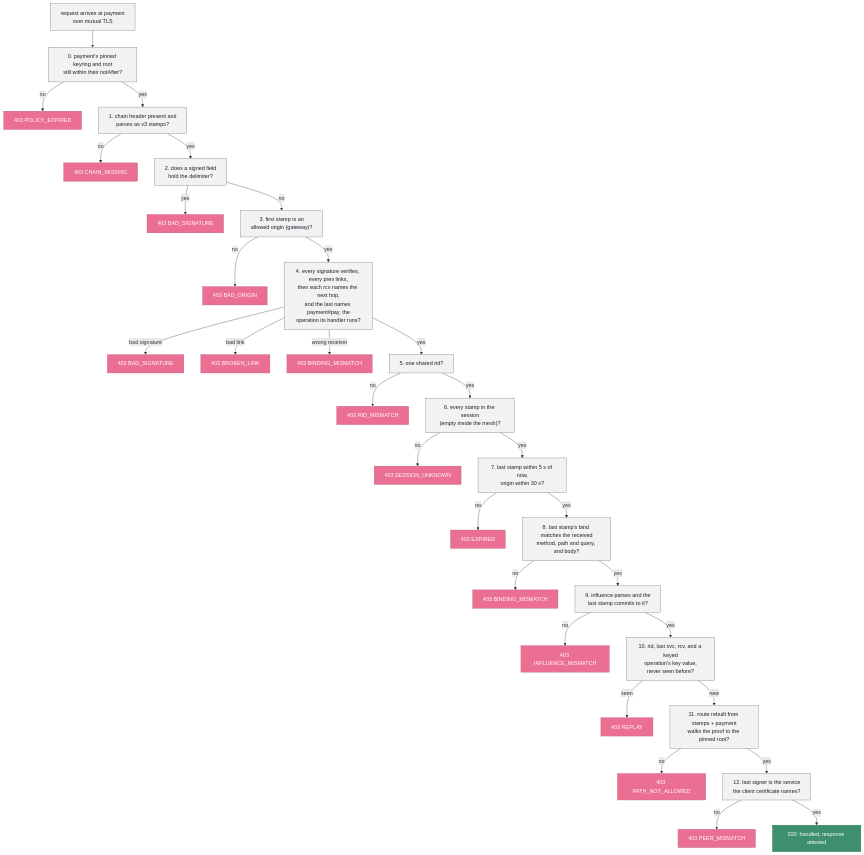
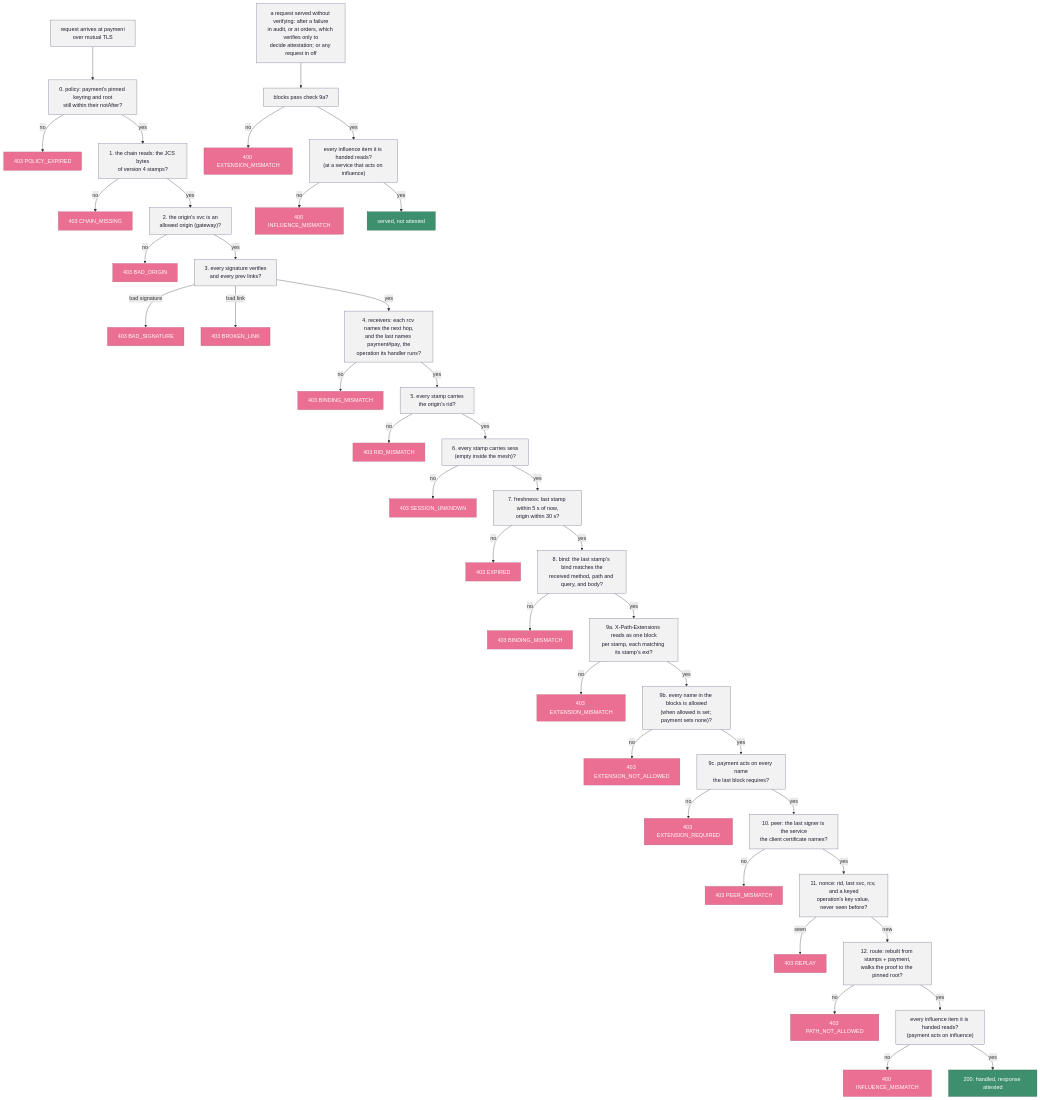
The fifth of 7 diagrams in poc-demos/java-mesh/README.md (dumbsly/paztport), drawn with Mermaid before and after one commit. The commit also changed other lines of this file, not shown here.

First line of the commit message:
docs(java-mesh): the mesh's README follows version 4 and the live run

````diff
--- a/poc-demos/java-mesh/README.md
+++ b/poc-demos/java-mesh/README.md
@@ -384,39 +425,50 @@
 ```mermaid
 flowchart TD
-    A["request arrives at payment<br/>over mutual TLS"] --> S0["0. payment's pinned keyring and root<br/>still within their notAfter?"]
+    A["request arrives at payment<br/>over mutual TLS"] --> S0["0. policy: payment's pinned keyring and root<br/>still within their notAfter?"]
     S0 -->|no| R0["403 POLICY_EXPIRED"]
-    S0 -->|yes| S1["1. chain header present and<br/>parses as v3 stamps?"]
+    S0 -->|yes| S1["1. the chain reads: the JCS bytes<br/>of version 4 stamps?"]
     S1 -->|no| R1["403 CHAIN_MISSING"]
-    S1 -->|yes| S2["2. does a signed field<br/>hold the delimiter?"]
-    S2 -->|yes| R2["403 BAD_SIGNATURE"]
-    S2 -->|no| S3["3. first stamp is an<br/>allowed origin (gateway)?"]
-    S3 -->|no| R3["403 BAD_ORIGIN"]
-    S3 -->|yes| S4["4. every signature verifies, every prev links,<br/>then each rcv names the next hop,<br/>and the last names payment#pay, the<br/>operation its handler runs?"]
-    S4 -->|bad signature| R4a["403 BAD_SIGNATURE"]
-    S4 -->|bad link| R4b["403 BROKEN_LINK"]
-    S4 -->|wrong receiver| R4c["403 BINDING_MISMATCH"]
-    S4 -->|yes| S5["5. one shared rid?"]
+    S1 -->|yes| S2["2. the origin's svc is an<br/>allowed origin (gateway)?"]
+    S2 -->|no| R2["403 BAD_ORIGIN"]
+    S2 -->|yes| S3["3. every signature verifies<br/>and every prev links?"]
+    S3 -->|bad signature| R3a["403 BAD_SIGNATURE"]
+    S3 -->|bad link| R3b["403 BROKEN_LINK"]
+    S3 -->|yes| S4["4. receivers: each rcv names the next hop,<br/>and the last names payment#pay, the<br/>operation its handler runs?"]
+    S4 -->|no| R4["403 BINDING_MISMATCH"]
+    S4 -->|yes| S5["5. every stamp carries<br/>the origin's rid?"]
     S5 -->|no| R5["403 RID_MISMATCH"]
-    S5 -->|yes| S6["6. every stamp in the session<br/>(empty inside the mesh)?"]
+    S5 -->|yes| S6["6. every stamp carries sess<br/>(empty inside the mesh)?"]
     S6 -->|no| R6["403 SESSION_UNKNOWN"]
-    S6 -->|yes| S7["7. last stamp within 5 s of now,<br/>origin within 30 s?"]
+    S6 -->|yes| S7["7. freshness: last stamp within 5 s of now,<br/>origin within 30 s?"]
     S7 -->|no| R7["403 EXPIRED"]
-    S7 -->|yes| S8["8. last stamp's bind matches the received<br/>method, path and query, and body?"]
+    S7 -->|yes| S8["8. bind: the last stamp's bind matches the<br/>received method, path and query, and body?"]
     S8 -->|no| R8["403 BINDING_MISMATCH"]
-    S8 -->|yes| S9["9. influence parses and the<br/>last stamp commits to it?"]
-    S9 -->|no| R9["403 INFLUENCE_MISMATCH"]
-    S9 -->|yes| S10["10. rid, last svc, rcv, and a keyed<br/>operation's key value,<br/>never seen before?"]
-    S10 -->|seen| R10["403 REPLAY"]
-    S10 -->|new| S11["11. route rebuilt from stamps + payment<br/>walks the proof to the pinned root?"]
-    S11 -->|no| R11["403 PATH_NOT_ALLOWED"]
-    S11 -->|yes| S12["12. last signer is the service<br/>the client certificate names?"]
-    S12 -->|no| R12["403 PEER_MISMATCH"]
-    S12 -->|yes| OK["200: handled, response attested"]
+    S8 -->|yes| S9a["9a. X-Path-Extensions reads as one block<br/>per stamp, each matching its stamp's ext?"]
+    S9a -->|no| R9a["403 EXTENSION_MISMATCH"]
+    S9a -->|yes| S9b["9b. every name in the blocks is allowed<br/>(when allowed is set; payment sets none)?"]
+    S9b -->|no| R9b["403 EXTENSION_NOT_ALLOWED"]
+    S9b -->|yes| S9c["9c. payment acts on every name<br/>the last block requires?"]
+    S9c -->|no| R9c["403 EXTENSION_REQUIRED"]
+    S9c -->|yes| S10["10. peer: the last signer is the service<br/>the client certificate names?"]
+    S10 -->|no| R10["403 PEER_MISMATCH"]
+    S10 -->|yes| S11["11. nonce: rid, last svc, rcv, and a keyed<br/>operation's key value, never seen before?"]
+    S11 -->|seen| R11["403 REPLAY"]
+    S11 -->|new| S12["12. route: rebuilt from stamps + payment,<br/>walks the proof to the pinned root?"]
+    S12 -->|no| R12["403 PATH_NOT_ALLOWED"]
+    S12 -->|yes| S13["every influence item it is handed reads?<br/>(payment acts on influence)"]
+    S13 -->|no| R13["400 INFLUENCE_MISMATCH"]
+    S13 -->|yes| OK["200: handled, response attested"]
+
+    U["a request served without verifying: after a failure<br/>in audit, or at orders, which verifies only to<br/>decide attestation; or any request in off"] --> U9a["blocks pass check 9a?"]
+    U9a -->|no| RU9a["400 EXTENSION_MISMATCH"]
+    U9a -->|yes| U13["every influence item it is handed reads?<br/>(at a service that acts on influence)"]
+    U13 -->|no| RU13["400 INFLUENCE_MISMATCH"]
+    U13 -->|yes| UOK["served, not attested"]
 
     classDef plain fill:#f2f2f2,stroke:#6e6a86,color:#1f1d2e,stroke-width:1px
     classDef reject fill:#eb6f92,stroke:#b4637a,color:#ffffff
     classDef pass fill:#3e8f6e,stroke:#2a6b52,color:#ffffff
-    class R0,R1,R2,R3,R4a,R4b,R4c,R5,R6,R7,R8,R9,R10,R11,R12 reject
-    class OK pass
-    class A,S0,S1,S2,S3,S4,S5,S6,S7,S8,S9,S10,S11,S12 plain
+    class R0,R1,R2,R3a,R3b,R4,R5,R6,R7,R8,R9a,R9b,R9c,R10,R11,R12,R13,RU9a,RU13 reject
+    class OK,UOK pass
+    class A,S0,S1,S2,S3,S4,S5,S6,S7,S8,S9a,S9b,S9c,S10,S11,S12,S13,U,U9a,U13 plain
 ```
````
